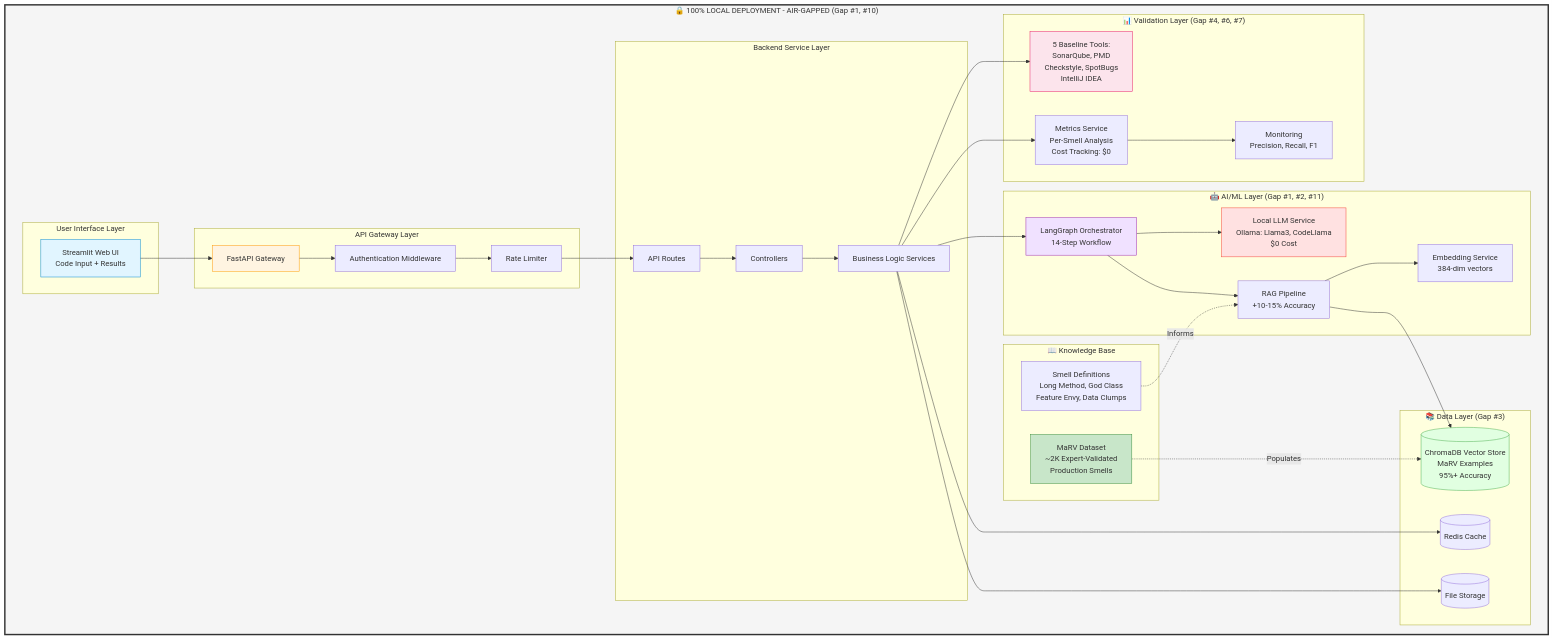
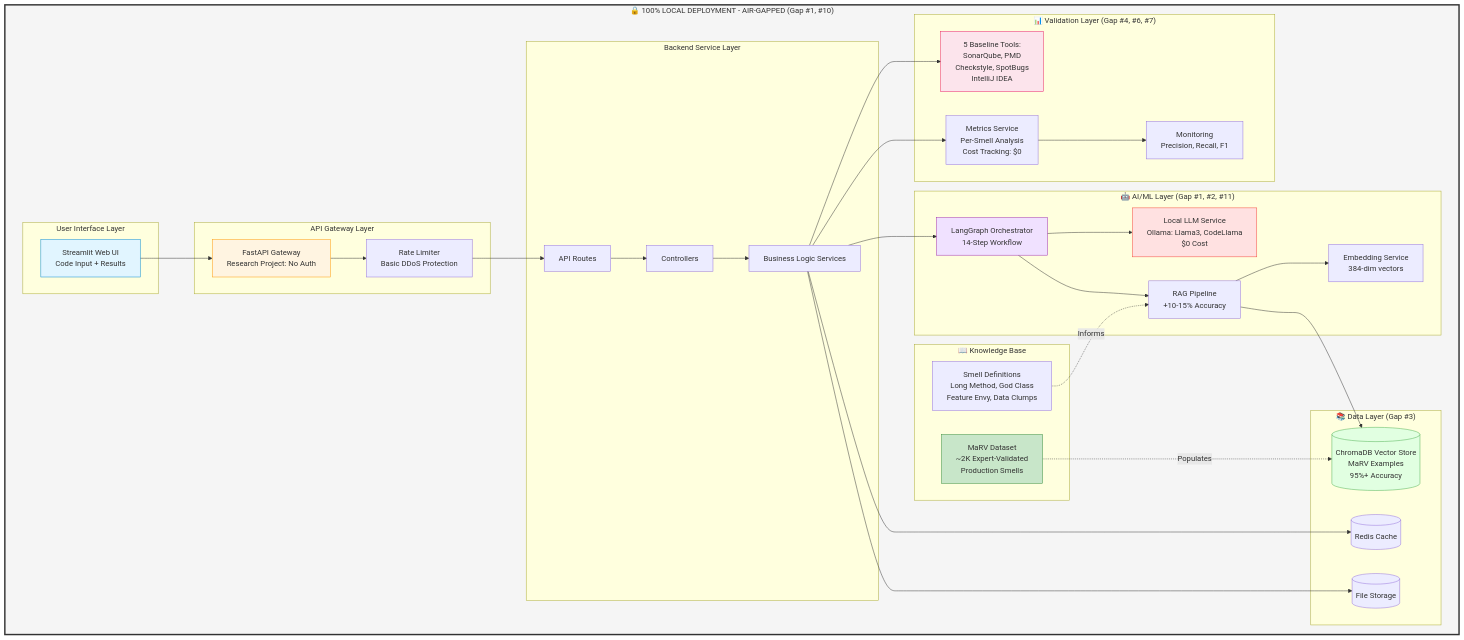
One commit to bibekgupta3333/code-smell changed the first of 8 diagrams in docs/architecture/SYSTEM_ARCHITECTURE.md. Above: the diagram before and after it, drawn with Mermaid. The commit also changed other lines of this file and 1 other file, not shown here.

````diff
--- a/docs/architecture/SYSTEM_ARCHITECTURE.md
+++ b/docs/architecture/SYSTEM_ARCHITECTURE.md
@@ -31,72 +34,70 @@
 ```mermaid
 graph TB
     subgraph Privacy["🔒 100% LOCAL DEPLOYMENT - AIR-GAPPED (Gap #1, #10)"]
         subgraph UI_Layer["User Interface Layer"]
             UI[Streamlit Web UI<br/>Code Input + Results]
         end
         
         subgraph API_Layer["API Gateway Layer"]
-            API[FastAPI Gateway]
-            Auth[Authentication Middleware]
-            RateLimit[Rate Limiter]
+            API[FastAPI Gateway<br/>Research Project: No Auth]
+            RateLimit[Rate Limiter<br/>Basic DDoS Protection]
         end
         
         subgraph Service_Layer["Backend Service Layer"]
             Router[API Routes]
             Controller[Controllers]
             Service[Business Logic Services]
         end
         
         subgraph AI_Layer["🤖 AI/ML Layer (Gap #1, #2, #11)"]
             LLM[Local LLM Service<br/>Ollama: Llama3, CodeLlama<br/>$0 Cost]
             RAG[RAG Pipeline<br/>+10-15% Accuracy]
             LG[LangGraph Orchestrator<br/>14-Step Workflow]
             Embed[Embedding Service<br/>384-dim vectors]
         end
         
         subgraph Data_Layer["📚 Data Layer (Gap #3)"]
             VectorDB[(ChromaDB Vector Store<br/>MaRV Examples<br/>95%+ Accuracy)]
             Cache[(Redis Cache)]
             FileStore[(File Storage)]
         end
         
         subgraph Knowledge["📖 Knowledge Base"]
             Dataset[MaRV Dataset<br/>~2K Expert-Validated<br/>Production Smells]
             SmellDefs[Smell Definitions<br/>Long Method, God Class<br/>Feature Envy, Data Clumps]
         end
         
         subgraph Validation["📊 Validation Layer (Gap #4, #6, #7)"]
             Baselines[5 Baseline Tools:<br/>SonarQube, PMD<br/>Checkstyle, SpotBugs<br/>IntelliJ IDEA]
             Metrics[Metrics Service<br/>Per-Smell Analysis<br/>Cost Tracking: $0]
             Monitor[Monitoring<br/>Precision, Recall, F1]
         end
     end
     
     UI --> API
-    API --> Auth
-    Auth --> RateLimit
+    API --> RateLimit
     RateLimit --> Router
     Router --> Controller
     Controller --> Service
     Service --> LG
     LG --> LLM
     LG --> RAG
     RAG --> Embed
     RAG --> VectorDB
     Service --> Cache
     Service --> FileStore
     Dataset -.->|Populates| VectorDB
     SmellDefs -.->|Informs| RAG
     Service --> Baselines
     Service --> Metrics
     Metrics --> Monitor
     
     style Privacy fill:#f5f5f5,stroke:#333,stroke-width:3px
     style UI fill:#e1f5ff,stroke:#0288d1
     style API fill:#fff4e1,stroke:#ff9800
     style LLM fill:#ffe1e1,stroke:#f44336
     style VectorDB fill:#e1ffe1,stroke:#4caf50
     style LG fill:#f0e1ff,stroke:#9c27b0
     style Dataset fill:#c8e6c9,stroke:#388e3c
     style Baselines fill:#fce4ec,stroke:#e91e63
 ```
````
